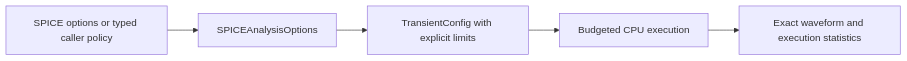
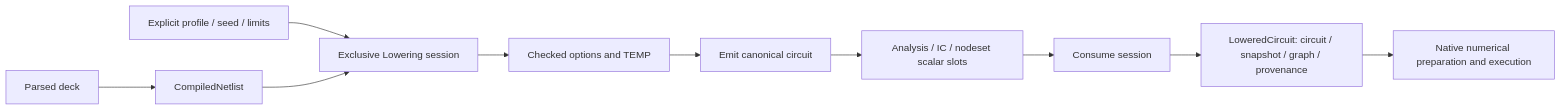
One commit to 1amageek/CoreSpice changed the diagram in Sources/CoreSpiceIO/DESIGN.md. Above: the diagram before and after it, drawn with Mermaid. The commit also changed other lines of this file and 215 other files, not shown here.

Commit message:
Integrate exact MOS resolution and single-owner execution

````diff
--- a/Sources/CoreSpiceIO/DESIGN.md
+++ b/Sources/CoreSpiceIO/DESIGN.md
@@ -30,7 +32,12 @@
 ```mermaid
 flowchart LR
-  Deck[SPICE options or typed caller policy] --> IO[SPICEAnalysisOptions]
-  IO --> Config[TransientConfig with explicit limits]
-  Config --> Run[Budgeted CPU execution]
-  Run --> Result[Exact waveform and execution statistics]
+  Deck[Parsed deck] --> Compile[CompiledNetlist]
+  Policy[Explicit profile / seed / limits] --> Session[Exclusive Lowering session]
+  Compile --> Session
+  Session --> Options[Checked options and TEMP]
+  Options --> Lower[Emit canonical circuit]
+  Lower --> Static[Analysis / IC / nodeset scalar slots]
+  Static --> Finish[Consume session]
+  Finish --> Result[LoweredCircuit: circuit / snapshot / graph / provenance]
+  Result --> Native[Native numerical preparation and execution]
 ```
````
